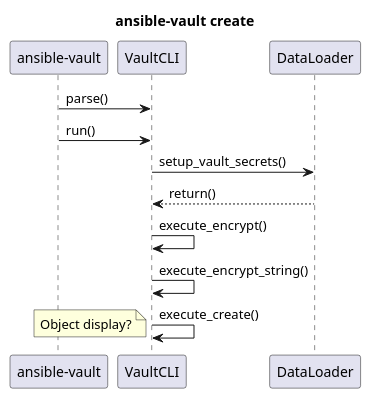
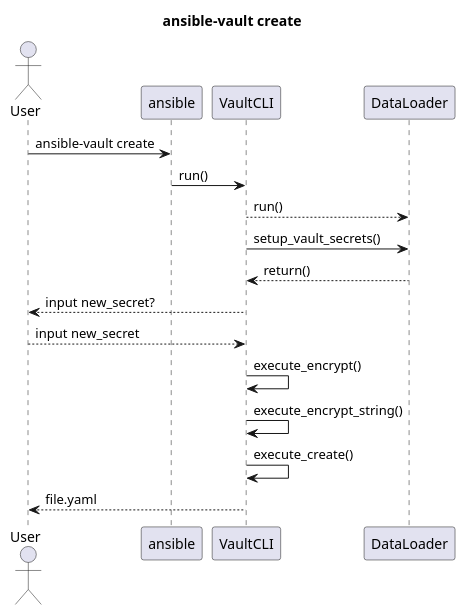
The diagram in project/uml/SequenceDiagram/ansible-vault-sequence.puml (ezequiels/nazz), drawn with PlantUML before and after one commit.

```diff
--- a/project/uml/SequenceDiagram/ansible-vault-sequence.puml
+++ b/project/uml/SequenceDiagram/ansible-vault-sequence.puml
@@ -1,12 +1,17 @@
 @startuml
 title ansible-vault create
-participant "ansible-vault"
-"ansible-vault"->VaultCLI: parse()
-"ansible-vault"->VaultCLI: run()
+actor User
+User->ansible: ansible-vault create
+participant "ansible"
+"ansible"->VaultCLI: run()
+VaultCLI-->DataLoader: run()
 VaultCLI->DataLoader: setup_vault_secrets()
 VaultCLI<--DataLoader: return()
+VaultCLI-->User: input new_secret?
+VaultCLI<--User: input new_secret
 VaultCLI->VaultCLI: execute_encrypt()
 VaultCLI->VaultCLI: execute_encrypt_string()
 VaultCLI->VaultCLI: execute_create()
-note left: Object display?
+VaultCLI-->User: file.yaml
+
 @enduml
```
